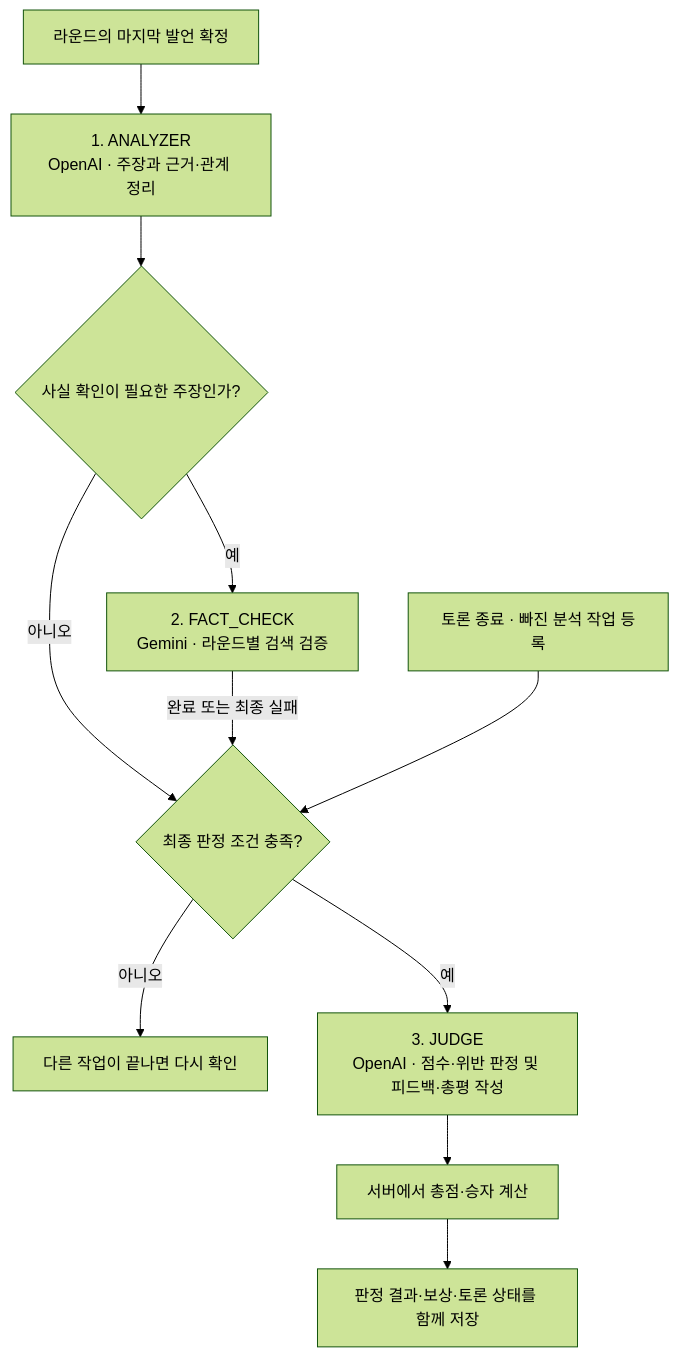
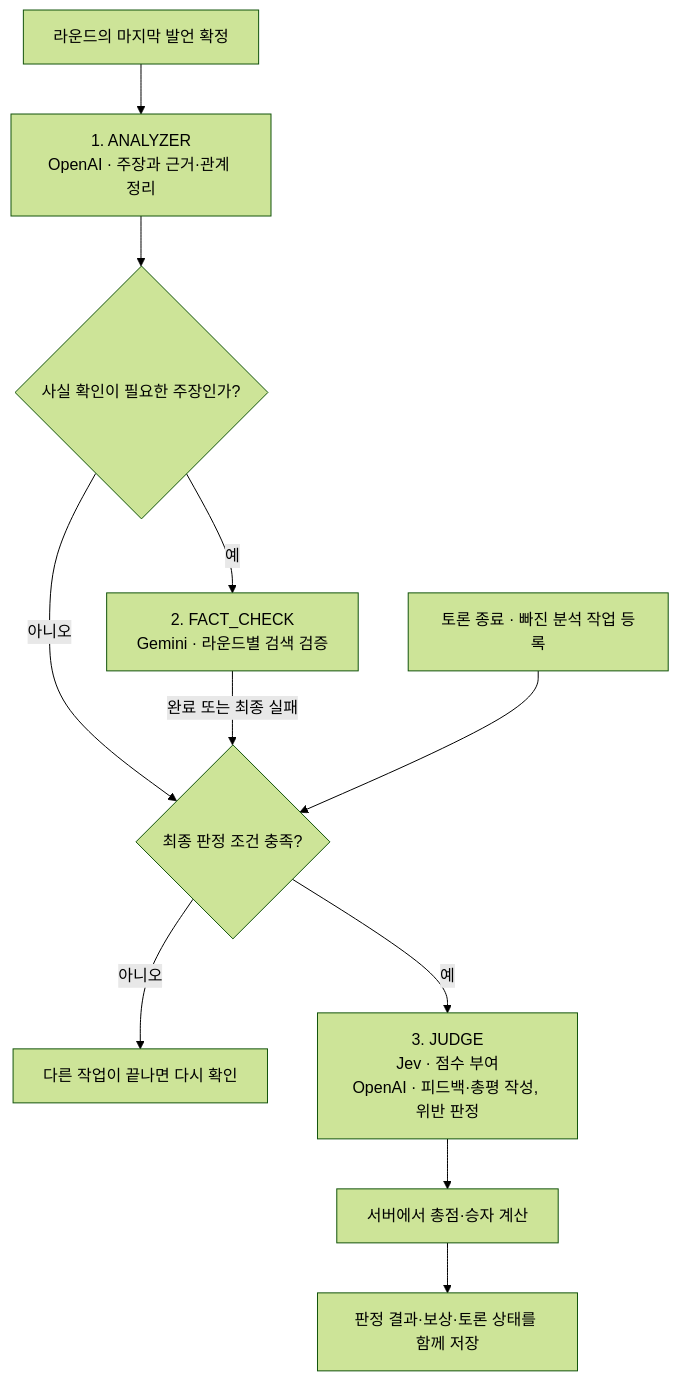
One commit to org-heimdall/heimdall-backend changed the second of 4 diagrams in README.md. Above: the diagram before and after it, drawn with Mermaid (forest theme). The commit also changed other lines of this file, not shown here.

````diff
--- a/README.md
+++ b/README.md
@@ -79,13 +79,13 @@
 ```mermaid
 flowchart TD
     Round[라운드의 마지막 발언 확정] --> Analyzer["1. ANALYZER<br/>OpenAI · 주장과 근거·관계 정리"]
     Analyzer --> Target{사실 확인이 필요한 주장인가?}
     Target -->|예| FactCheck["2. FACT_CHECK<br/>Gemini · 라운드별 검색 검증"]
     Target -->|아니오| Ready{최종 판정 조건 충족?}
     FactCheck -->|완료 또는 최종 실패| Ready
     End[토론 종료 · 빠진 분석 작업 등록] --> Ready
     Ready -->|아니오| Wait[다른 작업이 끝나면 다시 확인]
-    Ready -->|예| Judge["3. JUDGE<br/>OpenAI · 점수·위반 판정 및 피드백·총평 작성"]
+    Ready -->|예| Judge["3. JUDGE<br/>Jev · 점수 부여<br/>OpenAI · 피드백·총평 작성, 위반 판정"]
     Judge --> Score[서버에서 총점·승자 계산]
     Score --> Persist[판정 결과·보상·토론 상태를 함께 저장]
 ```
````
